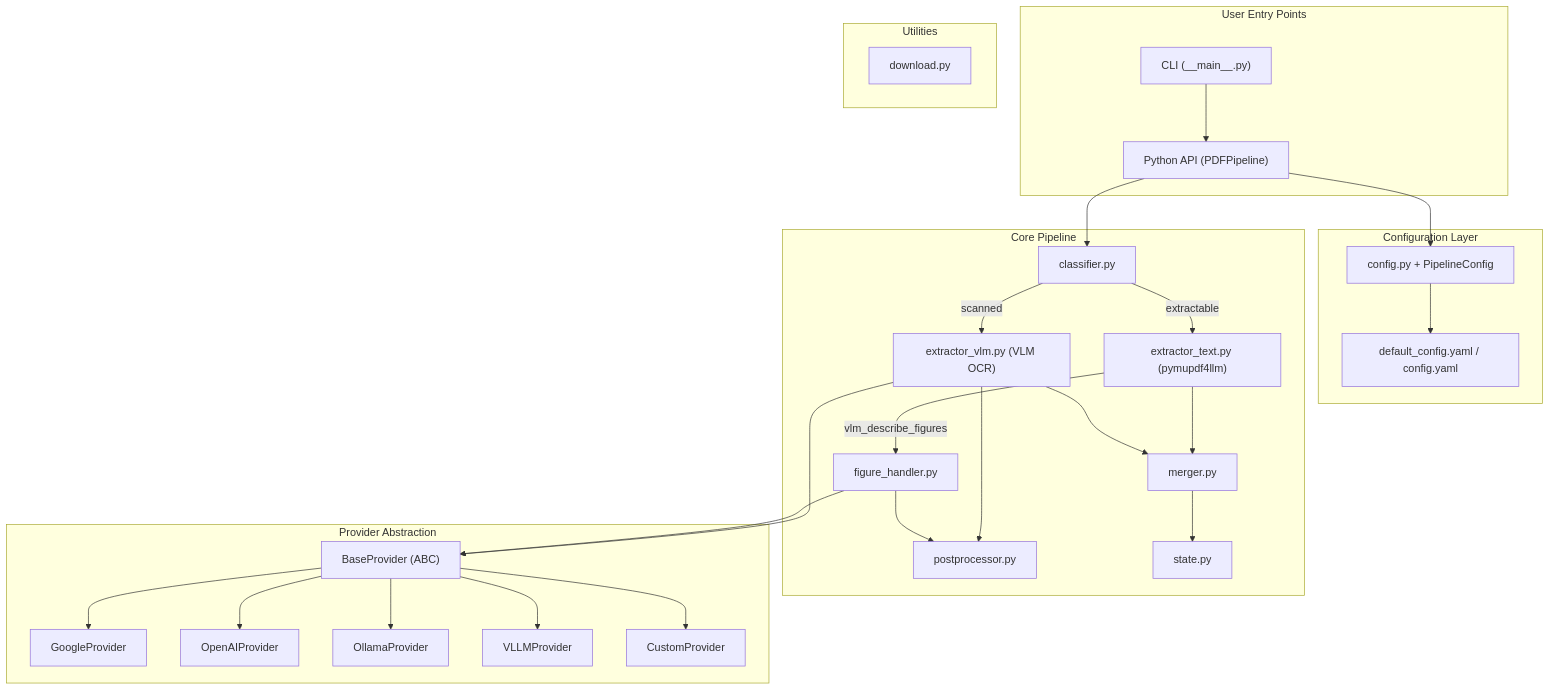
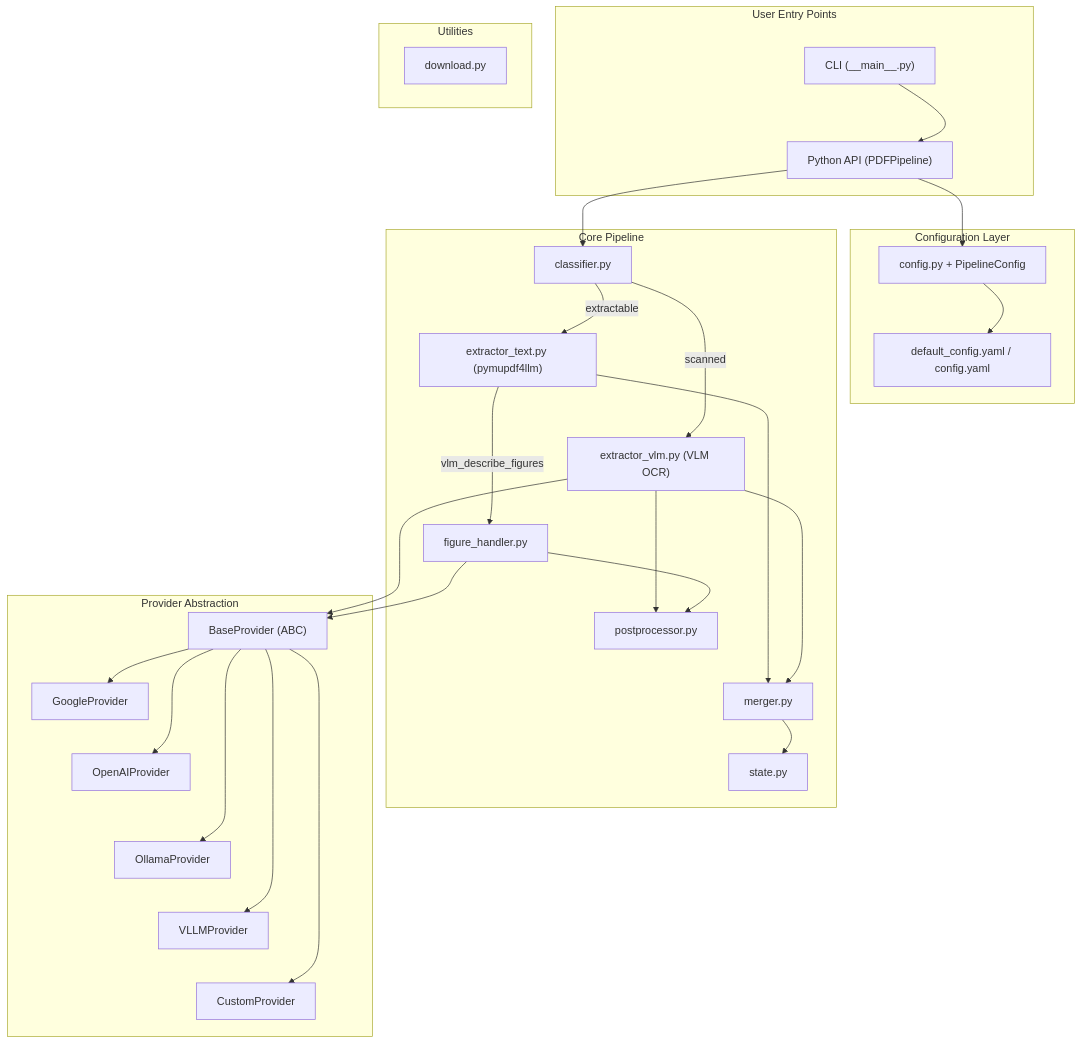
One commit to elsayedghoonaim/ParsingPDFs changed the diagram in README.md. Above: the diagram before and after it, drawn with Mermaid. The commit also changed 1 other file, not shown here.

Commit message:
fix: Update test PDF URL to a valid source

````diff
--- a/README.md
+++ b/README.md
@@ -95,54 +95,76 @@
 ```mermaid
-graph TB
+graph TD
     subgraph "User Entry Points"
         CLI["CLI (__main__.py)"]
         API["Python API (PDFPipeline)"]
+        CLI ~~~ API
     end
 
     subgraph "Configuration Layer"
         CFG["config.py + PipelineConfig"]
         YAML["default_config.yaml / config.yaml"]
+        CFG ~~~ YAML
     end
 
     subgraph "Core Pipeline"
         CLASS["classifier.py"]
         TXT["extractor_text.py (pymupdf4llm)"]
         VLM["extractor_vlm.py (VLM OCR)"]
         FIG["figure_handler.py"]
         POST["postprocessor.py"]
         MERGE["merger.py"]
         STATE["state.py"]
+        
+        CLASS ~~~ TXT
+        TXT ~~~ VLM
+        VLM ~~~ FIG
+        FIG ~~~ POST
+        POST ~~~ MERGE
+        MERGE ~~~ STATE
     end
 
     subgraph "Provider Abstraction"
         BASE["BaseProvider (ABC)"]
         GOOGLE["GoogleProvider"]
         OPENAI["OpenAIProvider"]
         OLLAMA["OllamaProvider"]
         VLLM["VLLMProvider"]
         CUSTOM["CustomProvider"]
+        
+        BASE ~~~ GOOGLE
+        GOOGLE ~~~ OPENAI
+        OPENAI ~~~ OLLAMA
+        OLLAMA ~~~ VLLM
+        VLLM ~~~ CUSTOM
     end
 
     subgraph "Utilities"
         DL["download.py"]
     end
 
     CLI --> API
-    API --> CFG --> YAML
+    API --> CFG
+    CFG --> YAML
+    
     API --> CLASS
     CLASS -->|extractable| TXT
     CLASS -->|scanned| VLM
+    
     TXT -->|vlm_describe_figures| FIG
+    
     VLM --> POST
     FIG --> POST
     TXT --> MERGE
     VLM --> MERGE
+    
     MERGE --> STATE
+    
     VLM --> BASE
     FIG --> BASE
+    
     BASE --> GOOGLE
     BASE --> OPENAI
     BASE --> OLLAMA
     BASE --> VLLM
     BASE --> CUSTOM
 ```
````
